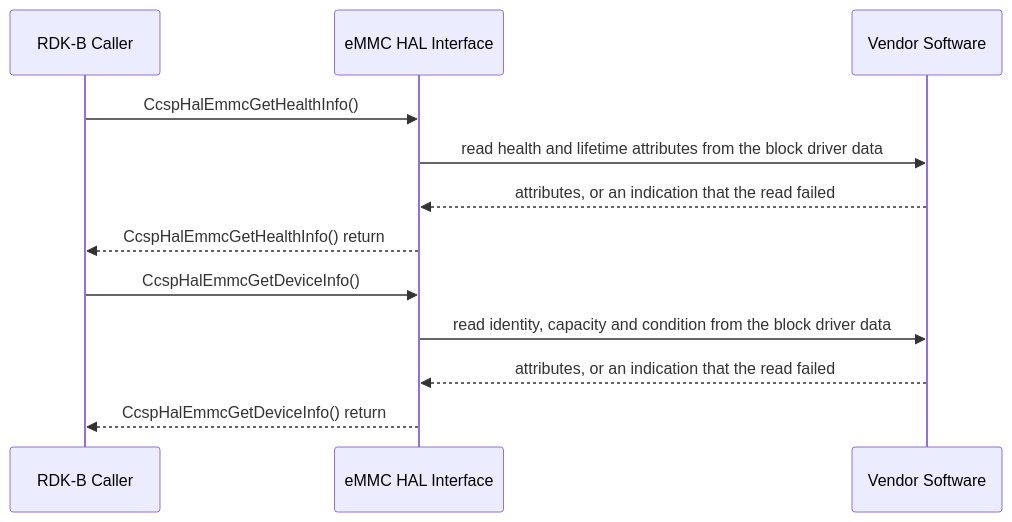
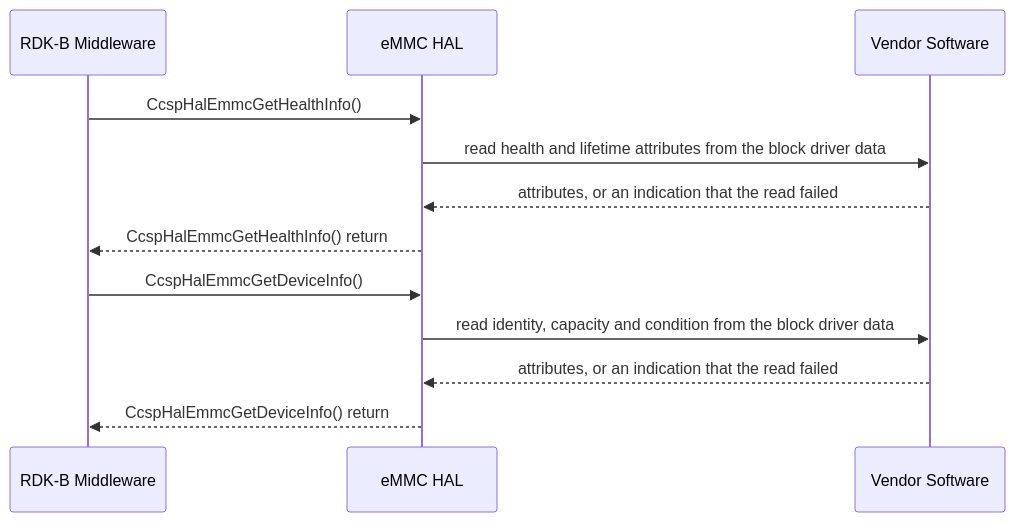
The second of 2 diagrams in docs/pages/halSpec.md (Blitzy-Sky/rdkb-halif-emmc), drawn with Mermaid before and after one commit. The commit also changed other lines of this file, not shown here.

First line of the commit message:
docs: simplify the eMMC_HAL specification

````diff
--- a/docs/pages/halSpec.md
+++ b/docs/pages/halSpec.md
@@ -701,14 +363,14 @@
 ```mermaid
 sequenceDiagram
-    participant Caller as RDK-B Caller
-    participant HAL as eMMC HAL Interface
+    participant Caller as RDK-B Middleware
+    participant HAL as eMMC HAL
     participant Vendor as Vendor Software
     Caller->>HAL: CcspHalEmmcGetHealthInfo()
     HAL->>Vendor: read health and lifetime attributes from the block driver data
     Vendor-->>HAL: attributes, or an indication that the read failed
     HAL-->>Caller: CcspHalEmmcGetHealthInfo() return
     Caller->>HAL: CcspHalEmmcGetDeviceInfo()
     HAL->>Vendor: read identity, capacity and condition from the block driver data
     Vendor-->>HAL: attributes, or an indication that the read failed
     HAL-->>Caller: CcspHalEmmcGetDeviceInfo() return
 ```
````
